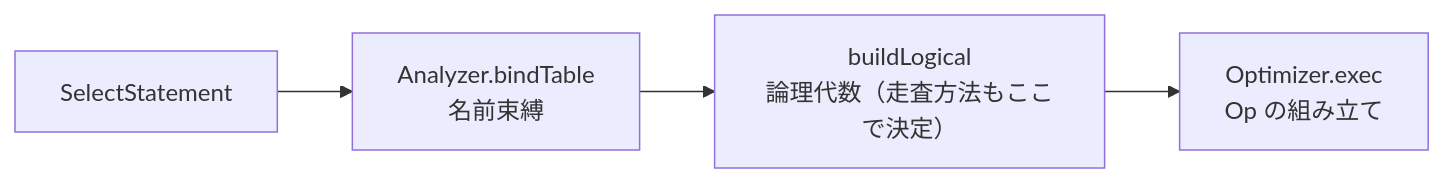
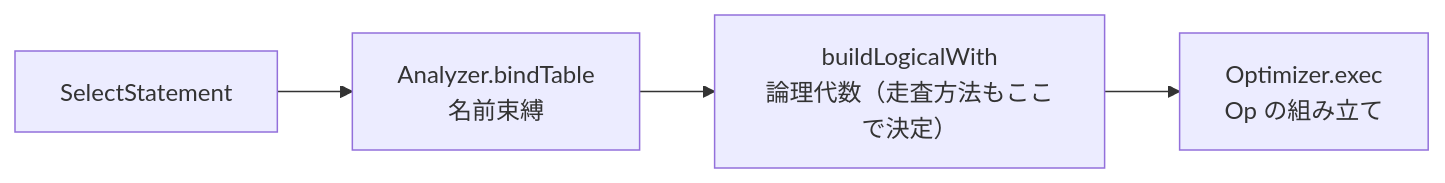
Before and after one commit to nwtks/rykdb: the second of 2 diagrams in docs/architecture.md, drawn with Mermaid. The commit also changed other lines of this file and 41 other files, not shown here.

````diff
--- a/docs/architecture.md
+++ b/docs/architecture.md
@@ -374,6 +374,6 @@
 ```mermaid
 flowchart LR
     AST["SelectStatement"] --> B["Analyzer.bindTable<br/>名前束縛"]
-    B --> L["buildLogical<br/>論理代数（走査方法もここで決定）"]
+    B --> L["buildLogicalWith<br/>論理代数（走査方法もここで決定）"]
     L --> E["Optimizer.exec<br/>Op の組み立て"]
 ```
````
